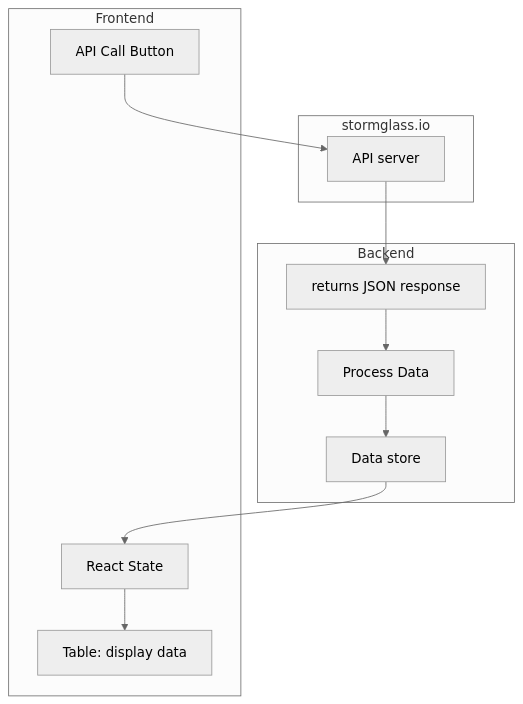
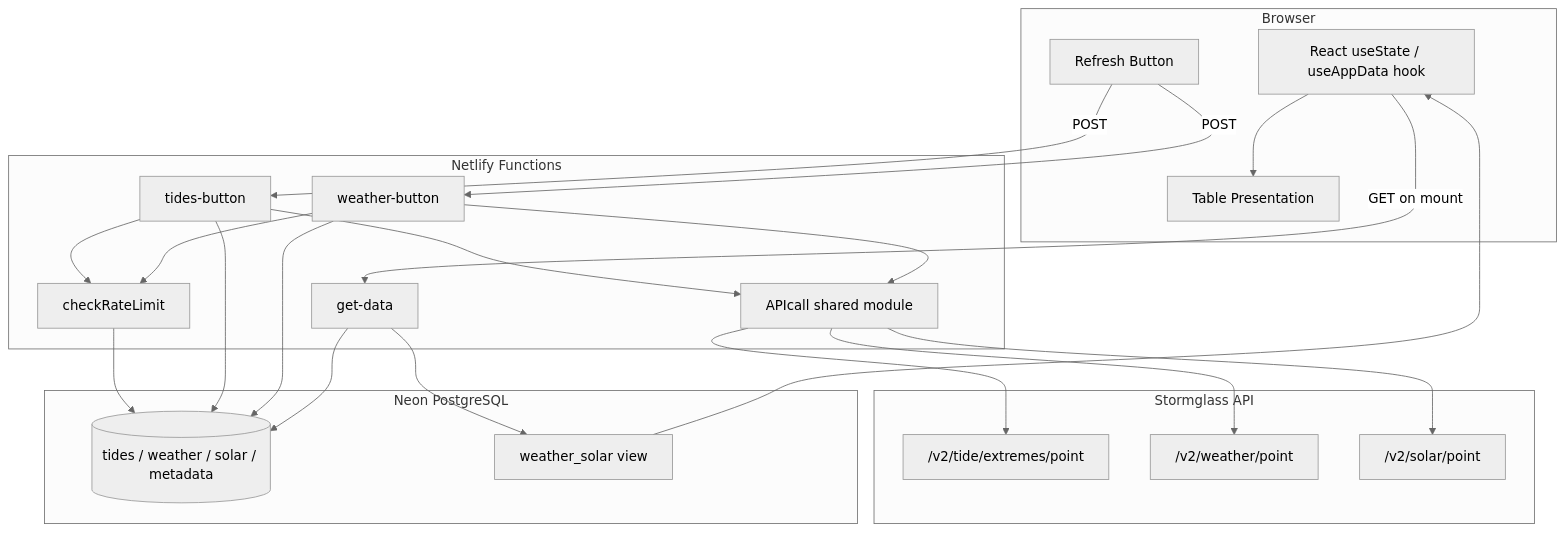
The diagram in netlify_deployment/tide-n-weather-guide/README.md (sifr01/tide-n-weather-guide), drawn with Mermaid (neutral theme) before and after one commit. The commit also changed other lines of this file, not shown here.

````diff
--- a/netlify_deployment/tide-n-weather-guide/README.md
+++ b/netlify_deployment/tide-n-weather-guide/README.md
@@ -11,25 +51,45 @@
 ```mermaid
 graph TD
-    subgraph Backend
-        NodeJS[Node.js Backend]
-        ProcessData[Process Data]
-        DataStore[(Data Store)]
-    end
-
-    subgraph Frontend
-        APIButton[API Call Button]
-        ReactState[React useState]
+    subgraph Browser
+        APIButton[Refresh Button]
+        ReactState[React useState / useAppData hook]
         Table[Table Presentation]
     end
 
-    subgraph stormglass.io
-        APIserver[API server]
+    subgraph Netlify Functions
+        TidesBtn[tides-button]
+        WeatherBtn[weather-button]
+        GetData[get-data]
+        RateLimit[checkRateLimit]
+        APICall[APIcall shared module]
     end
 
-    APIButton --> APIserver
-    APIserver -->NodeJS["returns JSON response"]
-    NodeJS --> ProcessData
-    ProcessData --> DataStore["Data store"]
-    DataStore --> ReactState["React State"]
-    ReactState --> Table["Table: display data"]
+    subgraph Stormglass API
+        TidesEndpoint["/v2/tide/extremes/point"]
+        WeatherEndpoint["/v2/weather/point"]
+        SolarEndpoint["/v2/solar/point"]
+    end
+
+    subgraph Neon PostgreSQL
+        DB[(tides / weather / solar / metadata)]
+        View[weather_solar view]
+    end
+
+    APIButton -->|POST| TidesBtn
+    APIButton -->|POST| WeatherBtn
+    TidesBtn --> RateLimit
+    WeatherBtn --> RateLimit
+    RateLimit --> DB
+    TidesBtn --> APICall
+    WeatherBtn --> APICall
+    APICall --> TidesEndpoint
+    APICall --> WeatherEndpoint
+    APICall --> SolarEndpoint
+    TidesBtn --> DB
+    WeatherBtn --> DB
+    ReactState -->|GET on mount| GetData
+    GetData --> DB
+    GetData --> View
+    View --> ReactState
+    ReactState --> Table
 ```
````
